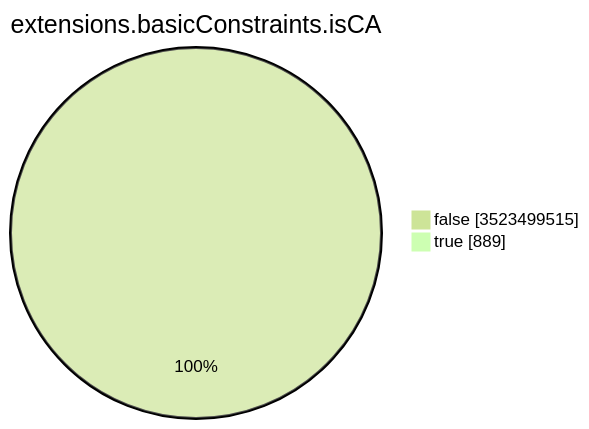
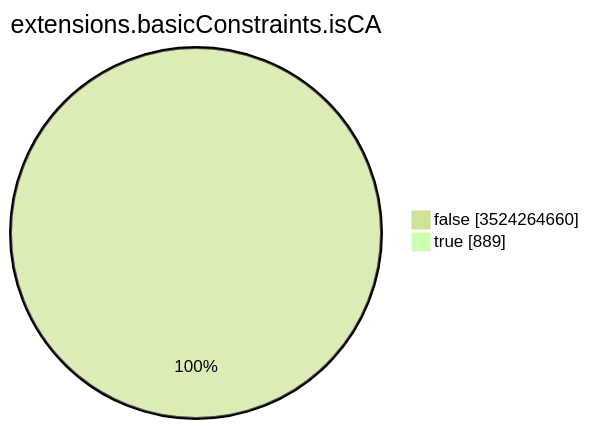
The seventh of 15 diagrams in TOTAL/README.md (christiankrug/ctmonitor_visualization), drawn with Mermaid (forest theme) before and after one commit. The commit also changed other lines of this file, not shown here.

````diff
--- a/TOTAL/README.md
+++ b/TOTAL/README.md
@@ -3094,6 +3094,6 @@
 ```mermaid
 pie showData
 title extensions.basicConstraints.isCA
-"false" :3523499515
+"false" :3524264660
 "true" :889
 ```
````
